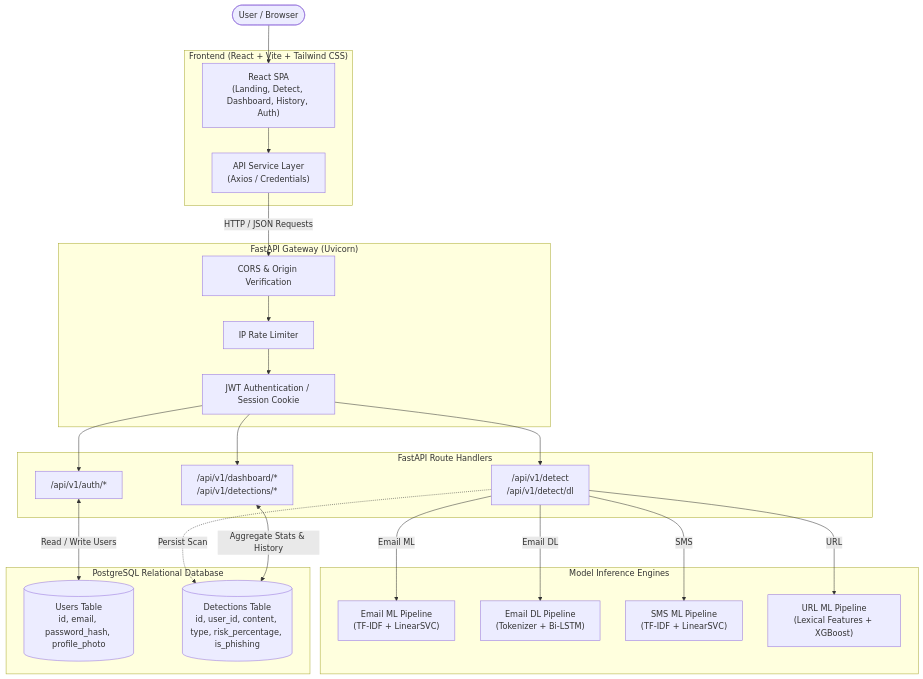
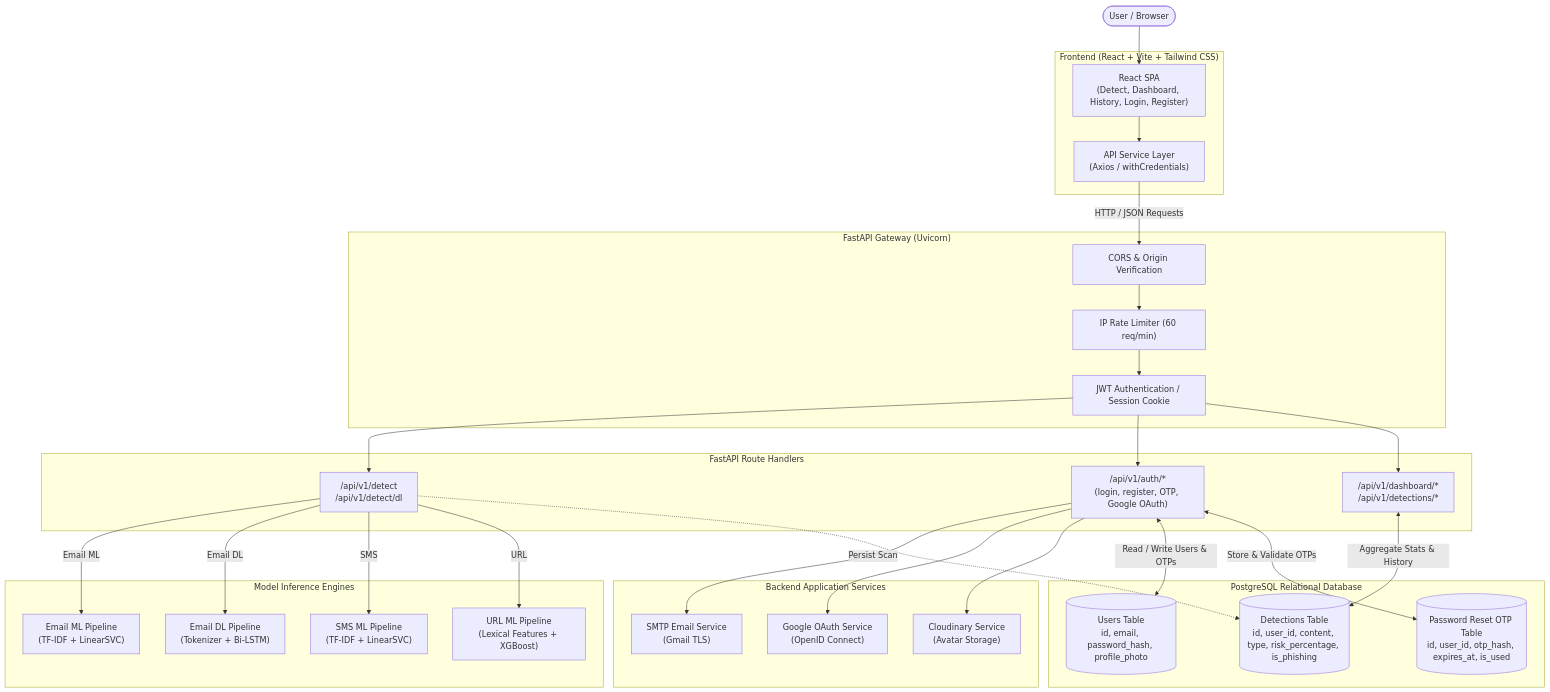
One commit to paldhaduk7-png/ai-scam-phishing-detector changed the diagram in README.md. Above: the diagram before and after it, drawn with Mermaid. The commit also changed other lines of this file, not shown here.

Commit message:
docs: expand README with detailed architecture diagrams, detection tables, and authentication features

````diff
--- a/README.md
+++ b/README.md
@@ -55,50 +159,62 @@
 ```mermaid
 flowchart TD
     User([User / Browser])
     
     subgraph Frontend ["Frontend (React + Vite + Tailwind CSS)"]
-        UI["React SPA<br/>(Landing, Detect, Dashboard, History, Auth)"]
-        APIClient["API Service Layer<br/>(Axios / Credentials)"]
+        UI["React SPA<br/>(Detect, Dashboard, History, Login, Register)"]
+        APIClient["API Service Layer<br/>(Axios / withCredentials)"]
         UI --> APIClient
     end
     
     subgraph Gateway ["FastAPI Gateway (Uvicorn)"]
         CORS["CORS & Origin Verification"]
-        RateLimit["IP Rate Limiter"]
+        RateLimit["IP Rate Limiter (60 req/min)"]
         AuthMiddleware["JWT Authentication / Session Cookie"]
         CORS --> RateLimit --> AuthMiddleware
     end
     
     subgraph Routers ["FastAPI Route Handlers"]
         DetectRouter["/api/v1/detect<br/>/api/v1/detect/dl"]
-        AuthRouter["/api/v1/auth/*"]
+        AuthRouter["/api/v1/auth/*<br/>(login, register, OTP, Google OAuth)"]
         DashboardRouter["/api/v1/dashboard/*<br/>/api/v1/detections/*"]
+    end
+    
+    subgraph Services ["Backend Application Services"]
+        EmailService["SMTP Email Service<br/>(Gmail TLS)"]
+        GoogleAuth["Google OAuth Service<br/>(OpenID Connect)"]
+        CloudinaryService["Cloudinary Service<br/>(Avatar Storage)"]
     end
     
     subgraph Inference ["Model Inference Engines"]
         ML_Email["Email ML Pipeline<br/>(TF-IDF + LinearSVC)"]
         DL_Email["Email DL Pipeline<br/>(Tokenizer + Bi-LSTM)"]
         ML_SMS["SMS ML Pipeline<br/>(TF-IDF + LinearSVC)"]
         ML_URL["URL ML Pipeline<br/>(Lexical Features + XGBoost)"]
     end
     
     subgraph Database ["PostgreSQL Relational Database"]
         UsersTable[(Users Table<br/>id, email, password_hash, profile_photo)]
         DetectionsTable[(Detections Table<br/>id, user_id, content, type, risk_percentage, is_phishing)]
+        OTPTable[(Password Reset OTP Table<br/>id, user_id, otp_hash, expires_at, is_used)]
     end
 
     User --> UI
     APIClient -->|HTTP / JSON Requests| CORS
     AuthMiddleware --> DetectRouter
     AuthMiddleware --> AuthRouter
     AuthMiddleware --> DashboardRouter
     
+    AuthRouter --> EmailService
+    AuthRouter --> GoogleAuth
+    AuthRouter --> CloudinaryService
+    
     DetectRouter -->|Email ML| ML_Email
     DetectRouter -->|Email DL| DL_Email
     DetectRouter -->|SMS| ML_SMS
     DetectRouter -->|URL| ML_URL
     
     DetectRouter -.->|Persist Scan| DetectionsTable
-    AuthRouter <-->|Read / Write Users| UsersTable
+    AuthRouter <-->|Read / Write Users & OTPs| UsersTable
+    AuthRouter <-->|Store & Validate OTPs| OTPTable
     DashboardRouter <-->|Aggregate Stats & History| DetectionsTable
 ```
````
